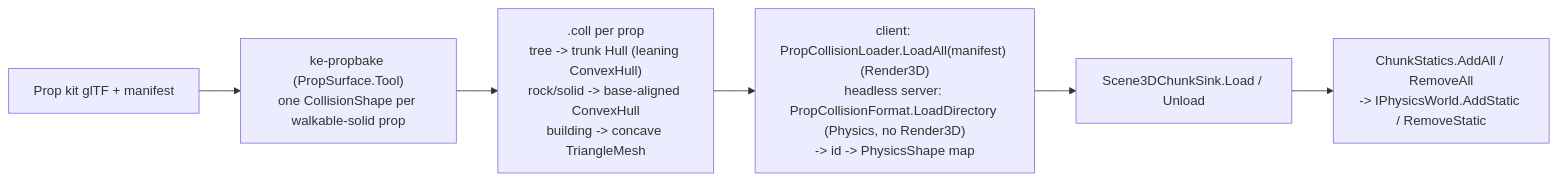
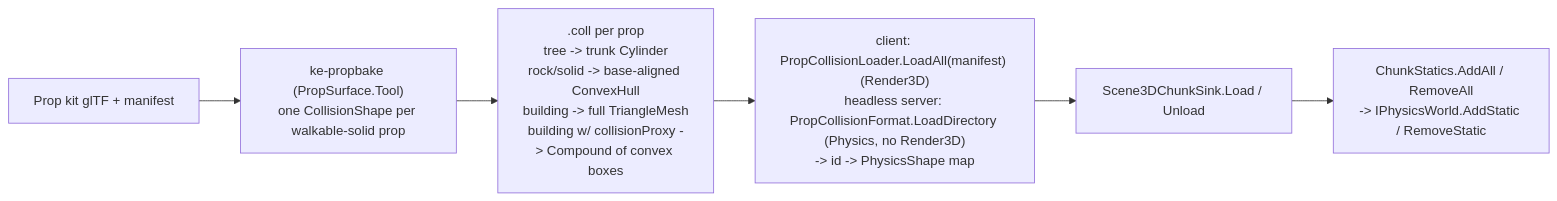
The second of 3 diagrams in docs/PHYSICS-PIPELINE.md (APKiwiOrg/KhaozEngine), drawn with Mermaid before and after one commit. The commit also changed other lines of this file and 6 other files, not shown here.

First line of the commit message:
release(8.11.0): collision-proxy bake pipeline (compound-of-convex building proxies)

````diff
--- a/docs/PHYSICS-PIPELINE.md
+++ b/docs/PHYSICS-PIPELINE.md
@@ -57,8 +57,8 @@
 ```mermaid
 flowchart LR
     KIT["Prop kit glTF + manifest"] --> BAKE["ke-propbake (PropSurface.Tool)<br/>one CollisionShape per walkable-solid prop"]
-    BAKE --> COLL[".coll per prop<br/>tree -> trunk Hull (leaning ConvexHull)<br/>rock/solid -> base-aligned ConvexHull<br/>building -> concave TriangleMesh"]
+    BAKE --> COLL[".coll per prop<br/>tree -> trunk Cylinder<br/>rock/solid -> base-aligned ConvexHull<br/>building -> full TriangleMesh<br/>building w/ collisionProxy -> Compound of convex boxes"]
     COLL --> LOAD["client: PropCollisionLoader.LoadAll(manifest) (Render3D)<br/>headless server: PropCollisionFormat.LoadDirectory (Physics, no Render3D)<br/>-> id -> PhysicsShape map"]
     LOAD --> SINK["Scene3DChunkSink.Load / Unload"]
     SINK --> STAT["ChunkStatics.AddAll / RemoveAll<br/>-> IPhysicsWorld.AddStatic / RemoveStatic"]
 ```
````
